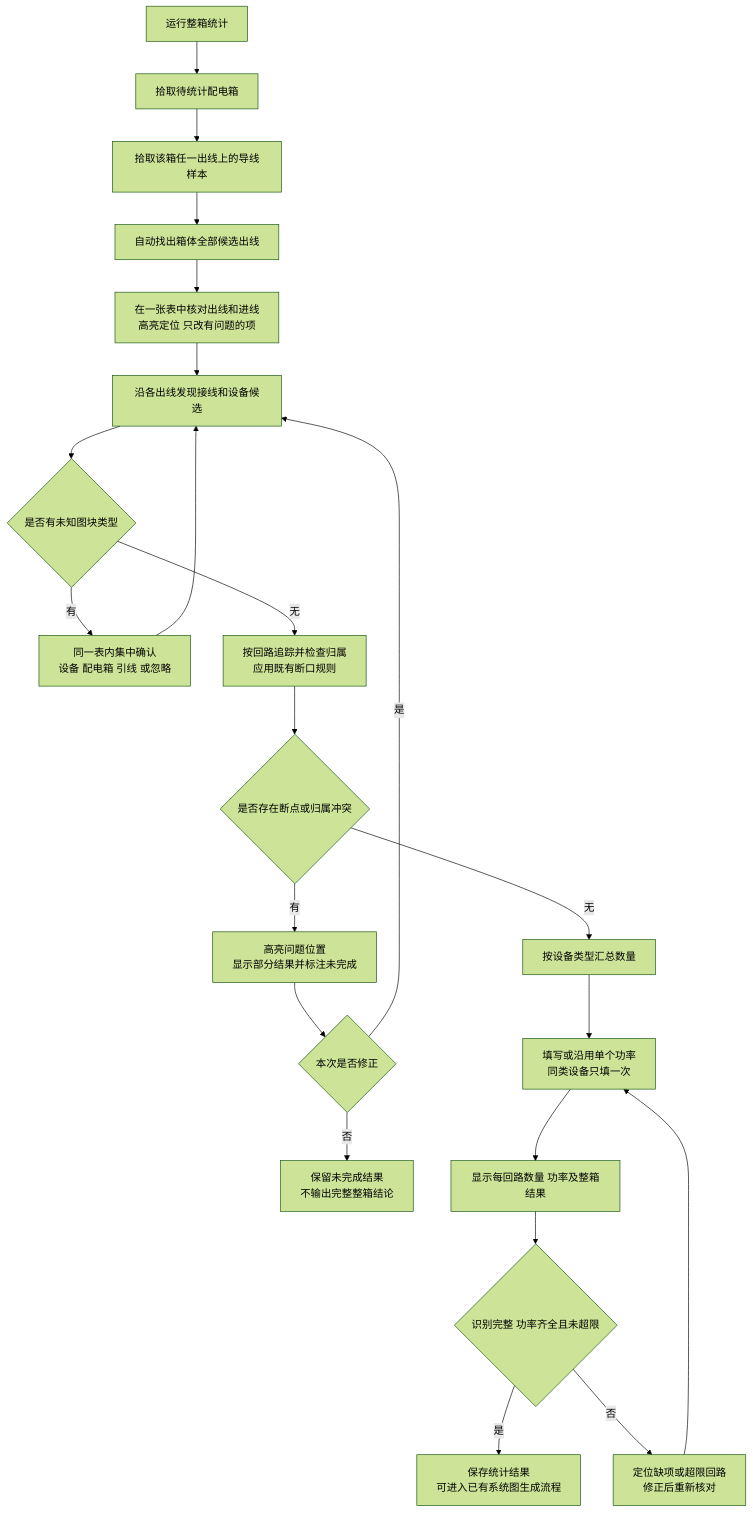
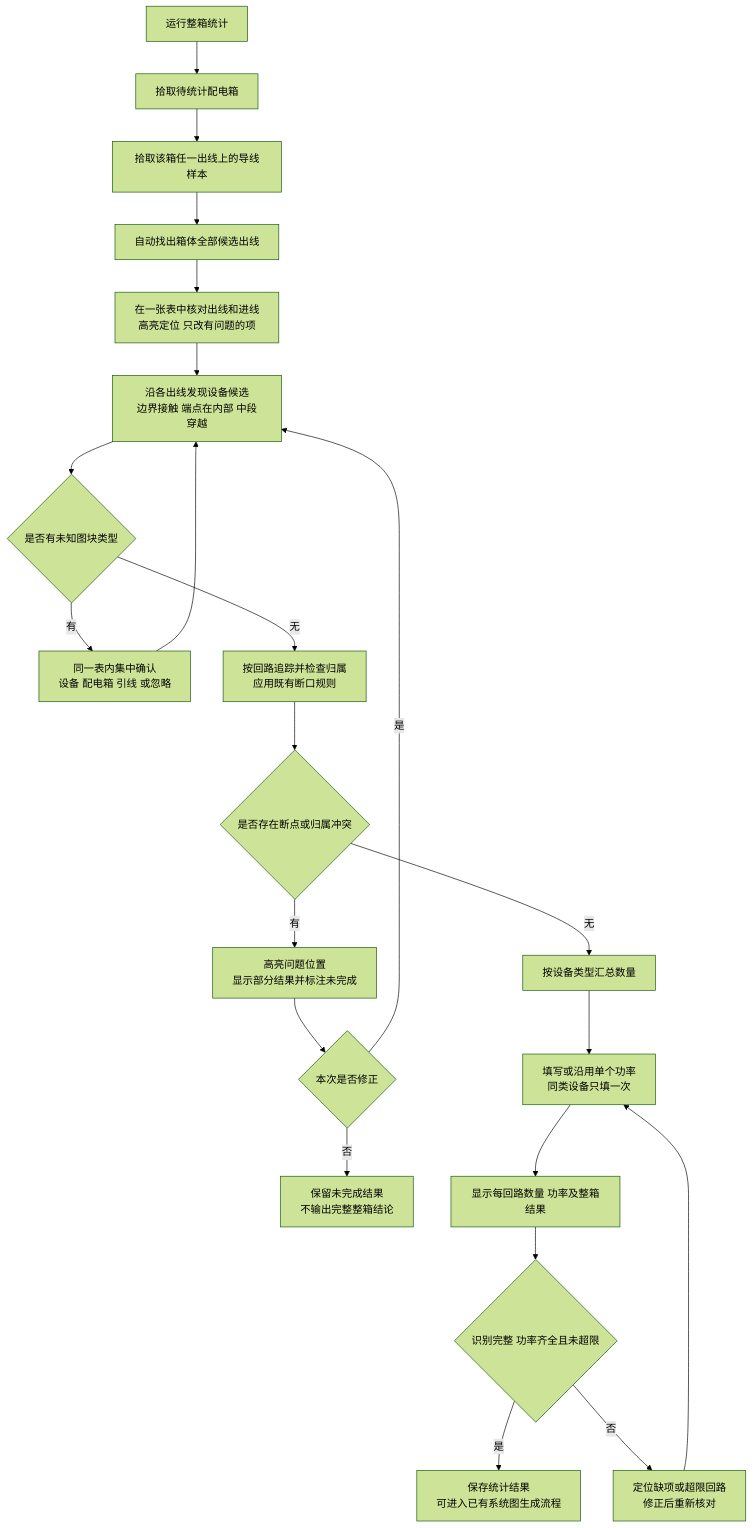
One commit to WuwuZhang0019/Emergency-Lighting changed the first of 2 diagrams in docs/04_整箱自动分回路统计与设备功率赋值方案.md. Above: the diagram before and after it, drawn with Mermaid (forest theme). The commit also changed other lines of this file, not shown here.

````diff
--- a/docs/04_整箱自动分回路统计与设备功率赋值方案.md
+++ b/docs/04_整箱自动分回路统计与设备功率赋值方案.md
@@ -18,24 +18,24 @@
 ```mermaid
 flowchart TD
     A[运行整箱统计] --> B[拾取待统计配电箱]
     B --> C[拾取该箱任一出线上的导线样本]
     C --> D[自动找出箱体全部候选出线]
     D --> E[在一张表中核对出线和进线<br/>高亮定位 只改有问题的项]
-    E --> F[沿各出线发现接线和设备候选]
+    E --> F[沿各出线发现设备候选<br/>边界接触 端点在内部 中段穿越]
     F --> G{是否有未知图块类型}
     G -->|有| H[同一表内集中确认<br/>设备 配电箱 引线 或忽略]
     H --> F
     G -->|无| I[按回路追踪并检查归属<br/>应用既有断口规则]
     I --> J{是否存在断点或归属冲突}
     J -->|有| K[高亮问题位置<br/>显示部分结果并标注未完成]
     K --> L{本次是否修正}
     L -->|是| F
     L -->|否| M[保留未完成结果<br/>不输出完整整箱结论]
     J -->|无| N[按设备类型汇总数量]
     N --> O[填写或沿用单个功率<br/>同类设备只填一次]
     O --> P[显示每回路数量 功率及整箱结果]
     P --> Q{识别完整 功率齐全且未超限}
     Q -->|是| R[保存统计结果<br/>可进入已有系统图生成流程]
     Q -->|否| S[定位缺项或超限回路<br/>修正后重新核对]
     S --> O
 ```
````
